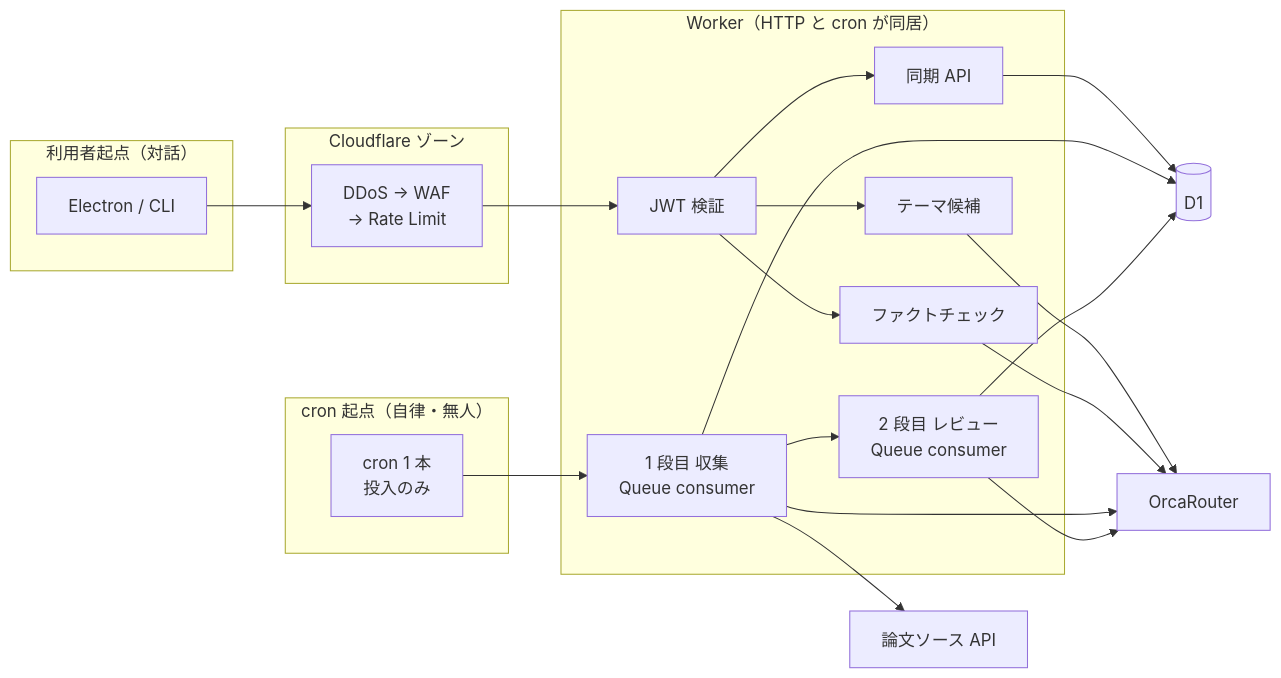
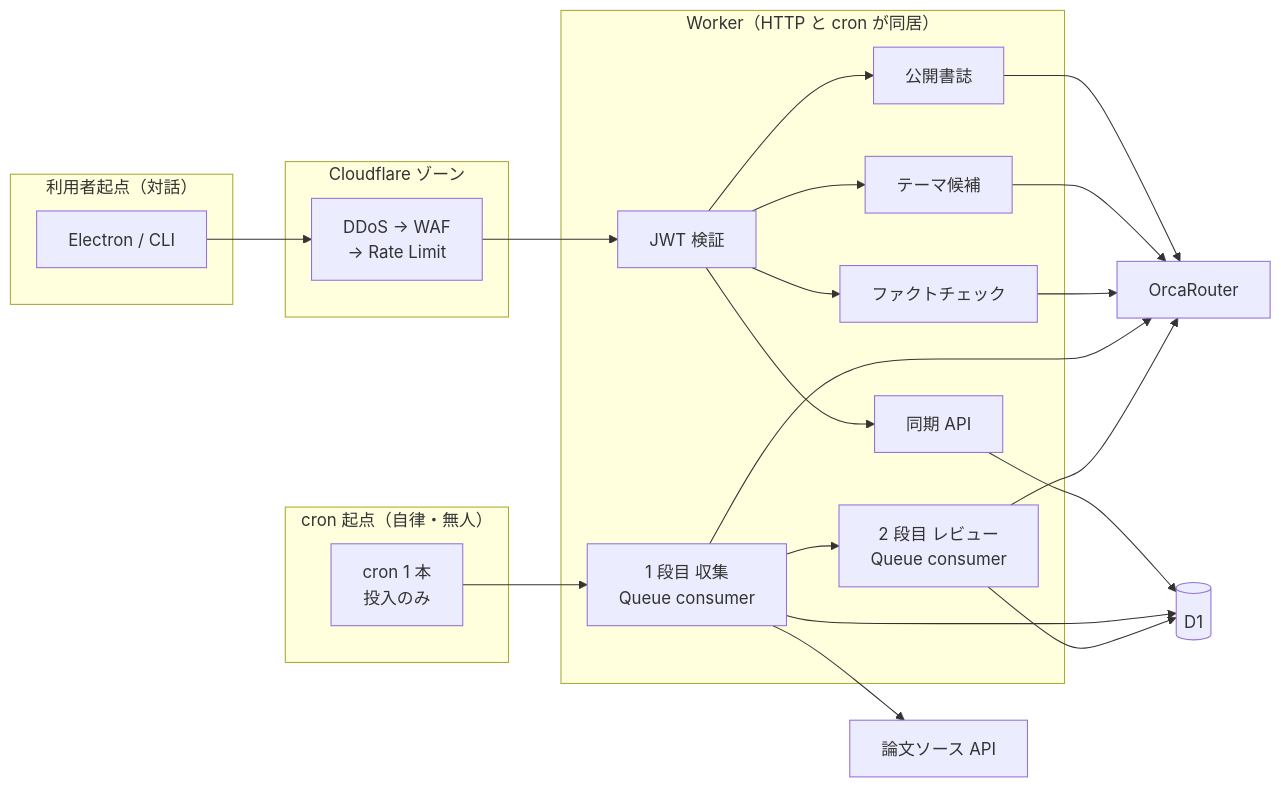
One commit to uzak0209/AI-Research changed the first of 5 diagrams in docs/adr/0005-cloud-trend-survey-model-tiering.md. Above: the diagram before and after it, drawn with Mermaid. The commit also changed other lines of this file and 129 other files, not shown here.

````diff
--- a/docs/adr/0005-cloud-trend-survey-model-tiering.md
+++ b/docs/adr/0005-cloud-trend-survey-model-tiering.md
@@ -32,40 +32,43 @@
 ```mermaid
 flowchart LR
     subgraph c1["利用者起点（対話）"]
         app["Electron / CLI"]
     end
     subgraph c2["cron 起点（自律・無人）"]
         cron["cron 1 本<br/>投入のみ"]
     end
 
     subgraph zone["Cloudflare ゾーン"]
         edge["DDoS → WAF<br/>→ Rate Limit"]
     end
 
     subgraph wk["Worker（HTTP と cron が同居）"]
         jwt["JWT 検証"]
         sync["同期 API"]
+        bib["公開書誌"]
         theme["テーマ候補"]
         fc["ファクトチェック"]
         st1["1 段目 収集<br/>Queue consumer"]
         st2["2 段目 レビュー<br/>Queue consumer"]
     end
 
     d1[("D1")]
     orca["OrcaRouter"]
     src["論文ソース API"]
 
     app --> edge --> jwt
     jwt --> sync
+    jwt --> bib
     jwt --> theme
     jwt --> fc
     sync --> d1
+    bib --> orca
     theme --> orca
     fc --> orca
     cron --> st1 --> st2
     st1 --> orca
     st2 --> orca
     st1 --> src
     st1 --> d1
     st2 --> d1
 ```
````
